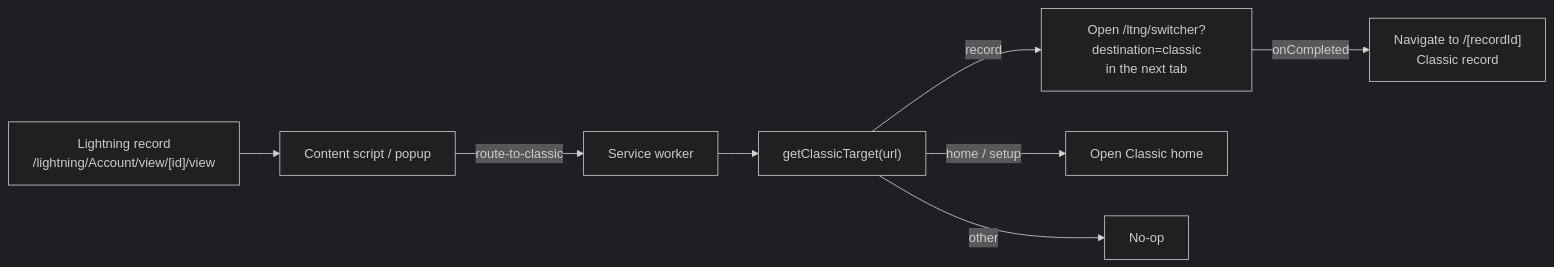
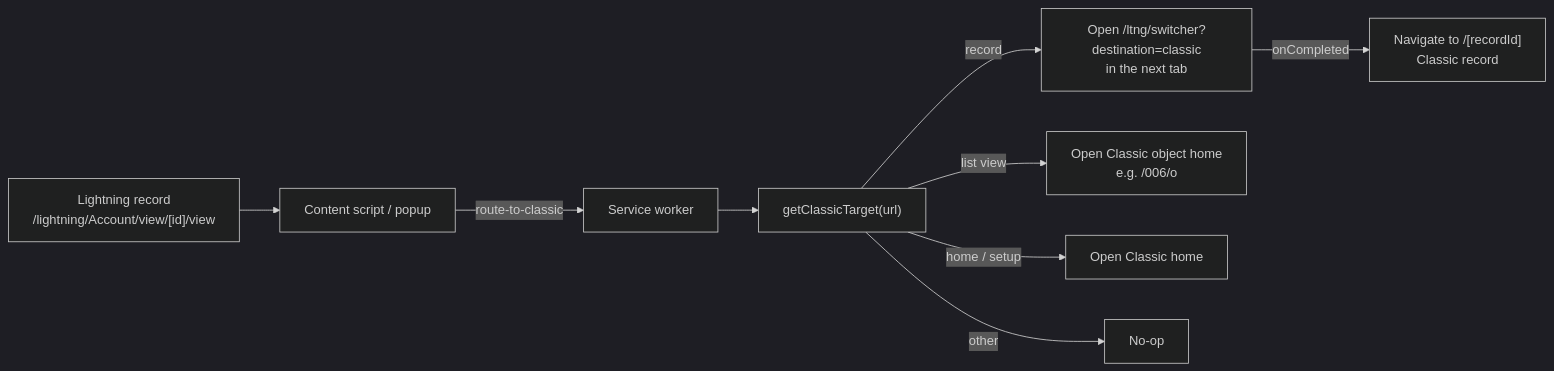
One commit to selegic/switch-to-classic changed the diagram in README.md. Above: the diagram before and after it, drawn with Mermaid (dark theme). The commit also changed other lines of this file and 6 other files, not shown here.

First line of the commit message:
feat: open Classic object home from Lightning list views

````diff
--- a/README.md
+++ b/README.md
@@ -61,10 +62,11 @@
 ```mermaid
 flowchart LR
     A["Lightning record<br/>/lightning/Account/view/[id]/view"] --> B["Content script / popup"]
     B -->|"route-to-classic"| C["Service worker"]
     C --> D["getClassicTarget(url)"]
     D -->|record| E["Open /ltng/switcher?destination=classic<br/>in the next tab"]
     E -->|"onCompleted"| F["Navigate to /[recordId]<br/>Classic record"]
+    D -->|list view| I["Open Classic object home<br/>e.g. /006/o"]
     D -->|home / setup| G["Open Classic home"]
     D -->|other| H["No-op"]
 ```
````
